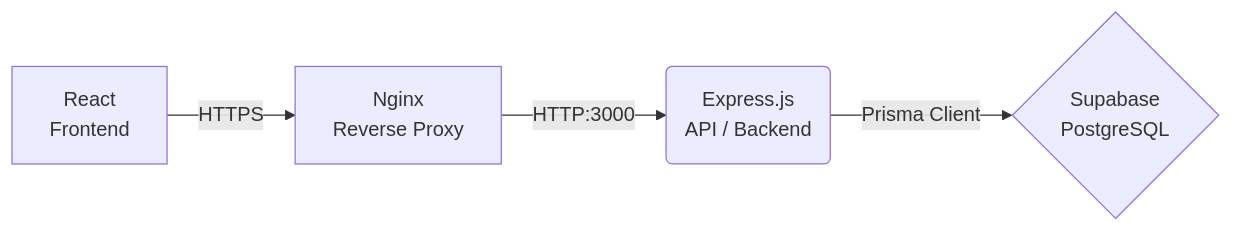
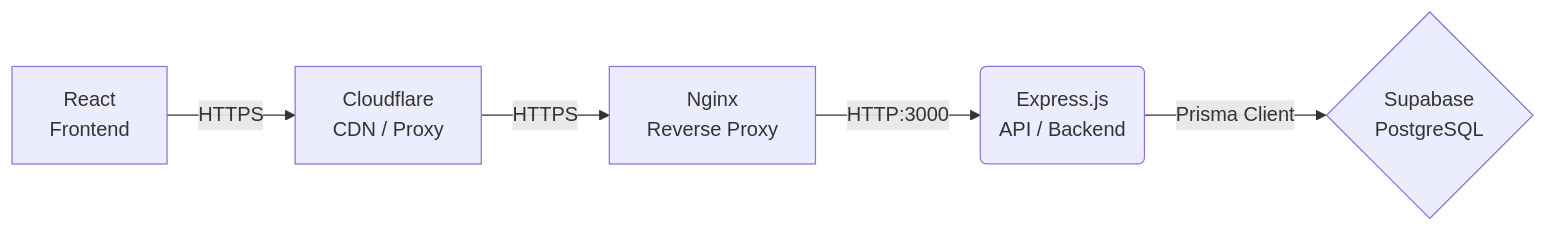
One commit to EmersonTejada/ride-balance-api changed the diagram in README.md. Above: the diagram before and after it, drawn with Mermaid. The commit also changed other lines of this file and 22 other files, not shown here.

````diff
--- a/README.md
+++ b/README.md
@@ -34,6 +38,7 @@
 ```mermaid
 graph LR
-    A[React \n Frontend] -->|HTTPS| N[Nginx \n Reverse Proxy]
+    A[React \n Frontend] -->|HTTPS| CF[Cloudflare \n CDN / Proxy]
+    CF -->|HTTPS| N[Nginx \n Reverse Proxy]
     N -->|HTTP:3000| B(Express.js \n API / Backend)
     B -->|Prisma Client| C{Supabase \n PostgreSQL}
 ```
````
